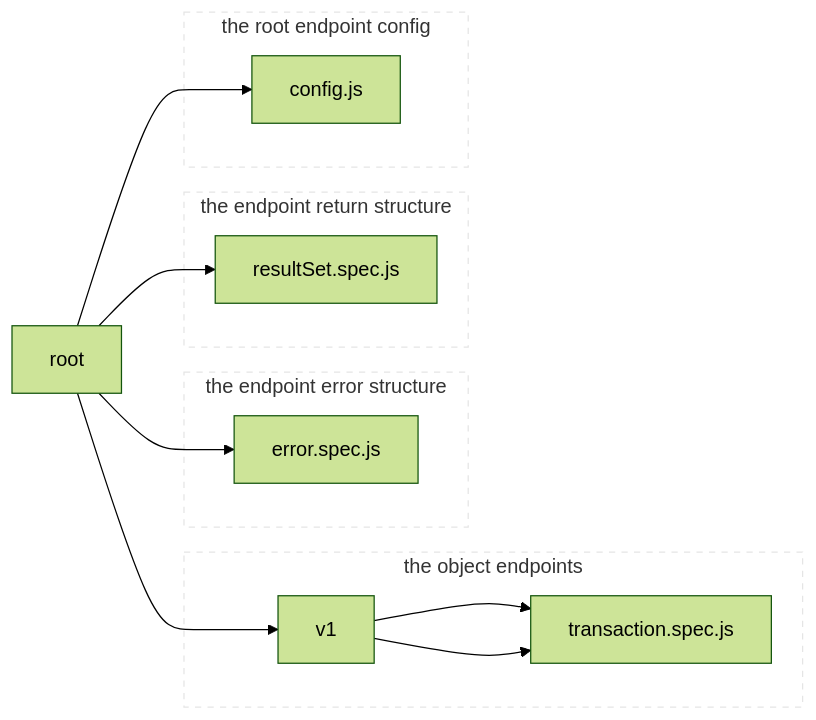
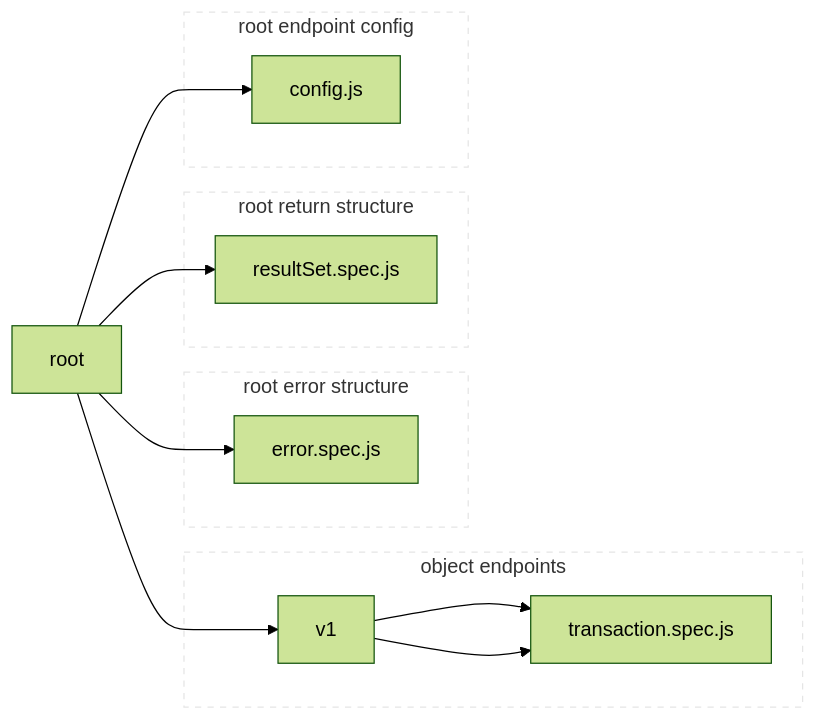
One commit to khrome/perigress changed the diagram in README.md. Above: the diagram before and after it, drawn with Mermaid (forest theme).

````diff
--- a/README.md
+++ b/README.md
@@ -17,27 +17,27 @@
 ```mermaid
 graph LR
     root[root] --> 1[config.js]
     root --> 2[resultSet.spec.js]
     root --> 3[error.spec.js]
     root --> 4[v1]
-    subgraph 4g[the object endpoints]
+    subgraph 4g[object endpoints]
         4 --> 21[user.spec.js]
         4 --> 21[transaction.spec.js]
     end
-    subgraph 1g[the root endpoint config]
+    subgraph 1g[root endpoint config]
         1
     end
-    subgraph 2g[the endpoint return structure]
+    subgraph 2g[root return structure]
         2
     end
-    subgraph 3g[the endpoint error structure]
+    subgraph 3g[root error structure]
         3
     end
 
 linkStyle 0,1,2,3,4 stroke-width:1px;
 
 style 1g fill:transparent, stroke:#E5E5E5, stroke-width: 1px, stroke-dasharray:5;
 style 2g fill:transparent, stroke:#E5E5E5, stroke-width: 1px, stroke-dasharray:5;
 style 3g fill:transparent, stroke:#E5E5E5, stroke-width: 1px, stroke-dasharray:5;
 style 4g fill:transparent, stroke:#E5E5E5, stroke-width: 1px, stroke-dasharray:5;
 ```
````
